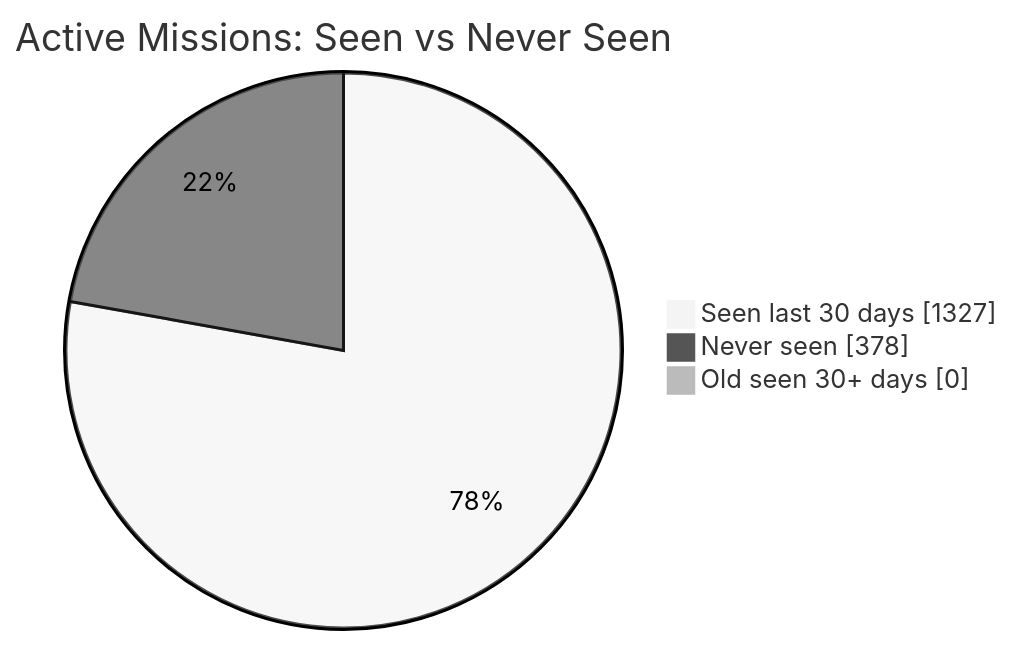
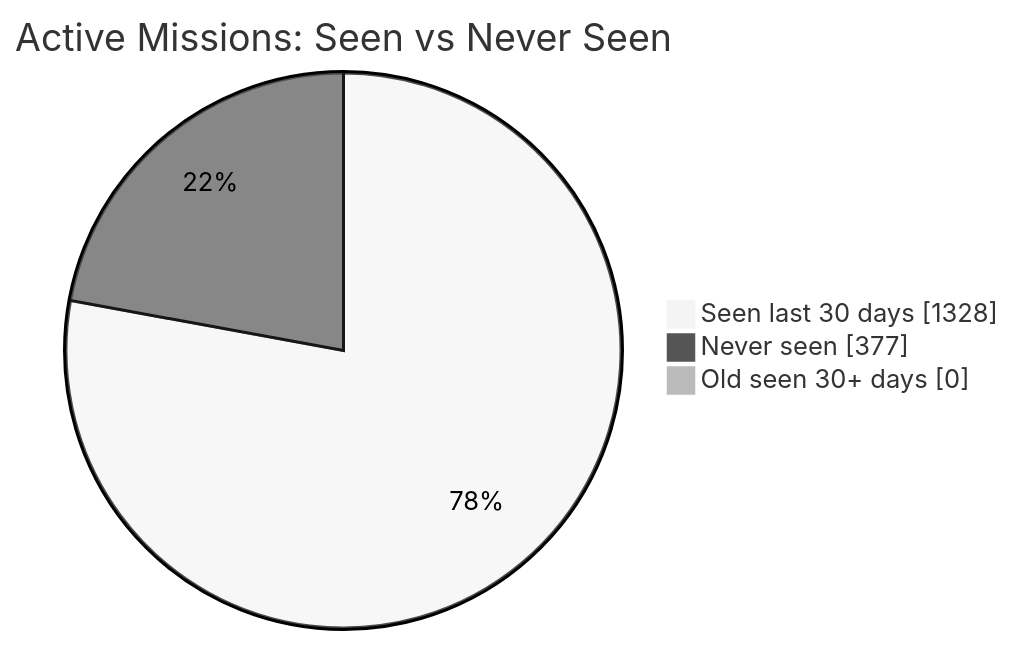
Before and after one commit to MeldkamerspelGameTeam/active-missions: the first of 2 diagrams in README.md, drawn with Mermaid (neutral theme). The commit also changed other lines of this file and 2 other files, not shown here.

````diff
--- a/README.md
+++ b/README.md
@@ -34,7 +34,7 @@
 ```mermaid
 pie showData
     title Active Missions: Seen vs Never Seen
-    "Seen last 30 days" : 1327
-    "Never seen" : 378
+    "Seen last 30 days" : 1328
+    "Never seen" : 377
     "Old seen 30+ days" : 0
 ```
````
